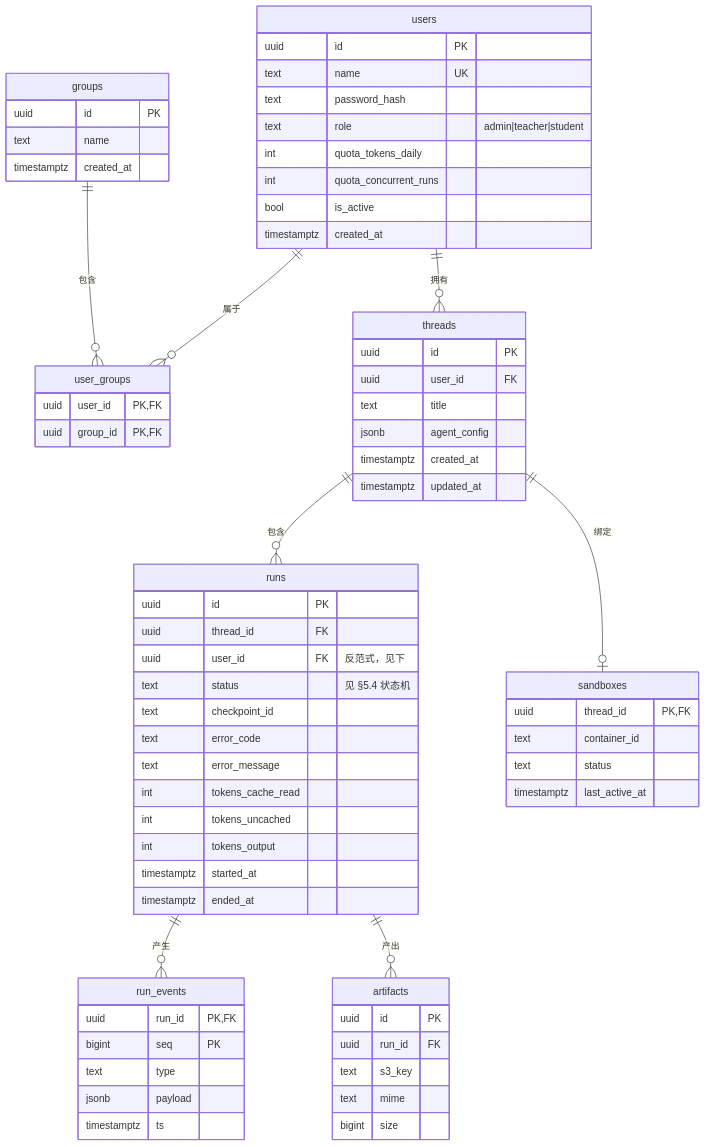
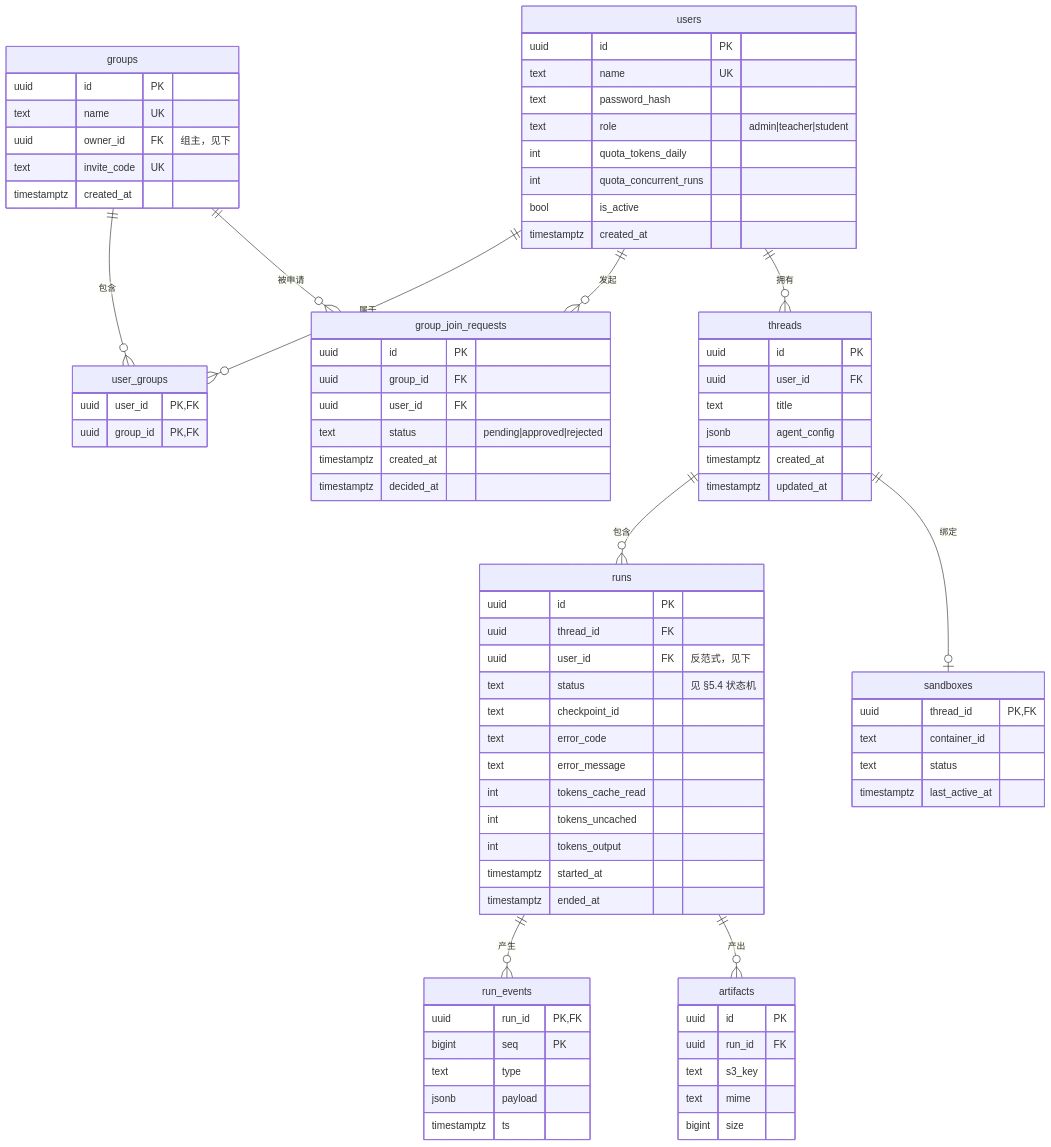
The diagram in doc/01design/06data-design.md (hxy2321548628/FinAgentPlatform), drawn with Mermaid before and after one commit. The commit also changed other lines of this file and 26 other files, not shown here.

```diff
--- a/doc/01design/06data-design.md
+++ b/doc/01design/06data-design.md
@@ -23,6 +23,8 @@
 erDiagram
     users ||--o{ user_groups : "属于"
     groups ||--o{ user_groups : "包含"
+    groups ||--o{ group_join_requests : "被申请"
+    users ||--o{ group_join_requests : "发起"
     users ||--o{ threads : "拥有"
     threads ||--o{ runs : "包含"
     runs ||--o{ run_events : "产生"
@@ -41,12 +43,22 @@
     }
     groups {
         uuid id PK
-        text name
+        text name UK
+        uuid owner_id FK "组主，见下"
+        text invite_code UK
         timestamptz created_at
     }
     user_groups {
         uuid user_id PK,FK
         uuid group_id PK,FK
+    }
+    group_join_requests {
+        uuid id PK
+        uuid group_id FK
+        uuid user_id FK
+        text status "pending|approved|rejected"
+        timestamptz created_at
+        timestamptz decided_at
     }
     threads {
         uuid id PK
```
